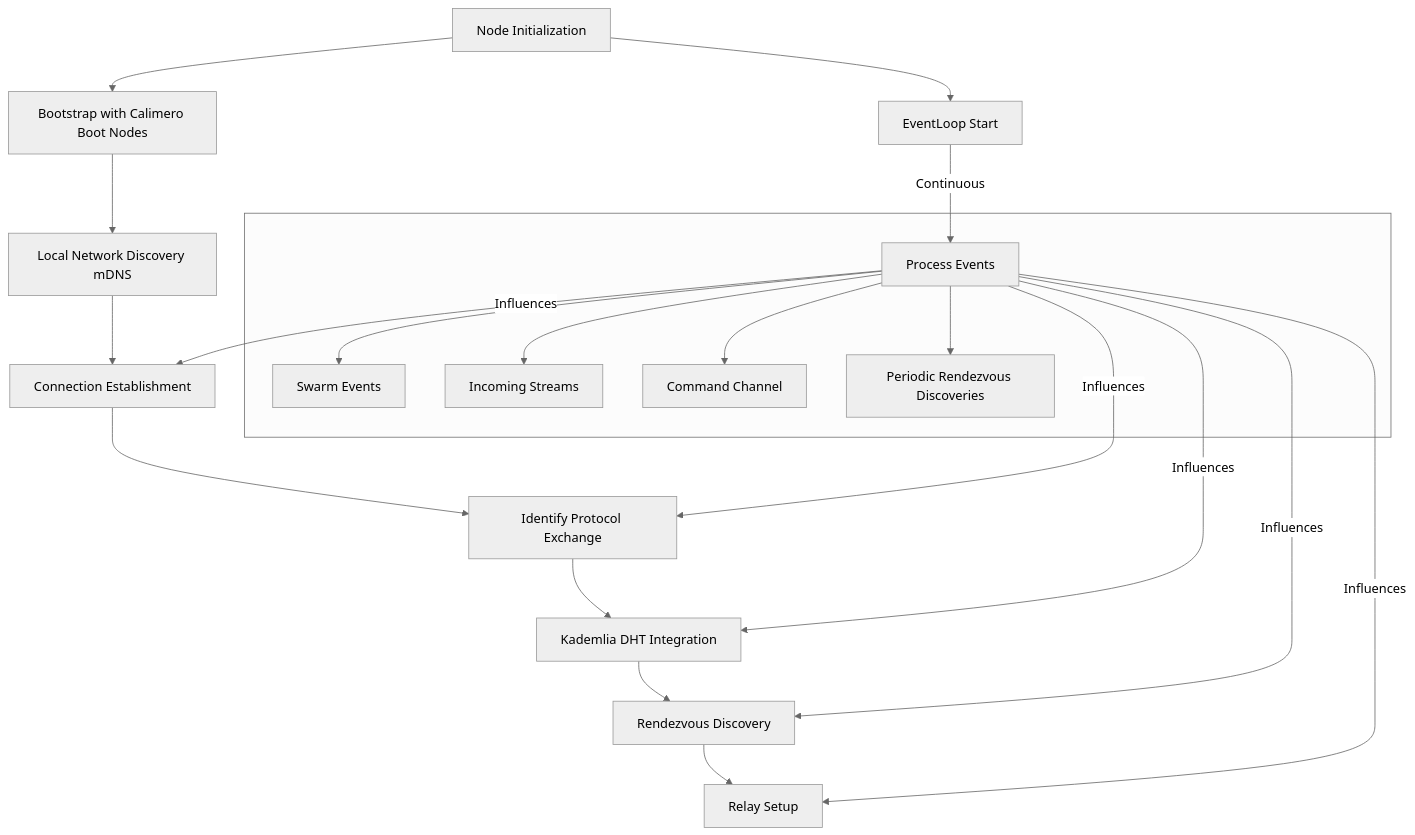
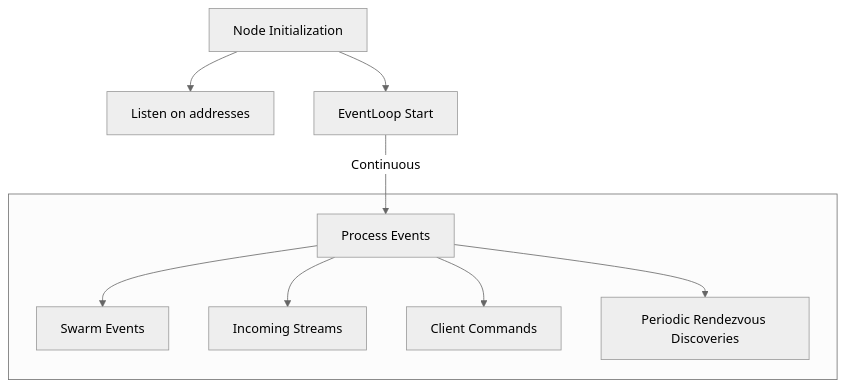
Before and after one commit to calimero-network/core: the second of 3 diagrams in crates/network/README.md, drawn with Mermaid (neutral theme). The commit also changed other lines of this file, not shown here.

`````diff
--- a/crates/network/README.md
+++ b/crates/network/README.md
@@ -268,25 +94,13 @@
 ```mermaid
 graph TD
-    A[Node Initialization] --> B[Bootstrap with Calimero Boot Nodes]
+    A[Node Initialization] --> B[Listen on addresses]
     A --> C[EventLoop Start]
     C -->|Continuous| D[Process Events]
-    B --> E[Local Network Discovery mDNS]
-    E --> F[Connection Establishment]
-    F --> G[Identify Protocol Exchange]
-    G --> H[Kademlia DHT Integration]
-    H --> I[Rendezvous Discovery]
-    I --> J[Relay Setup]
-    
-    D -->|Influences| F
-    D -->|Influences| G
-    D -->|Influences| H
-    D -->|Influences| I
-    D -->|Influences| J
-    
+ 
     subgraph " "
-        D --> K[Swarm Events]
-        D --> L[Incoming Streams]
-        D --> M[Command Channel]
-        D --> N[Periodic Rendezvous Discoveries]
+        D --> N[Swarm Events]
+        D --> O[Incoming Streams]
+        D --> P[Client Commands]
+        D --> Q[Periodic Rendezvous Discoveries]
     end
-```
+````
`````
